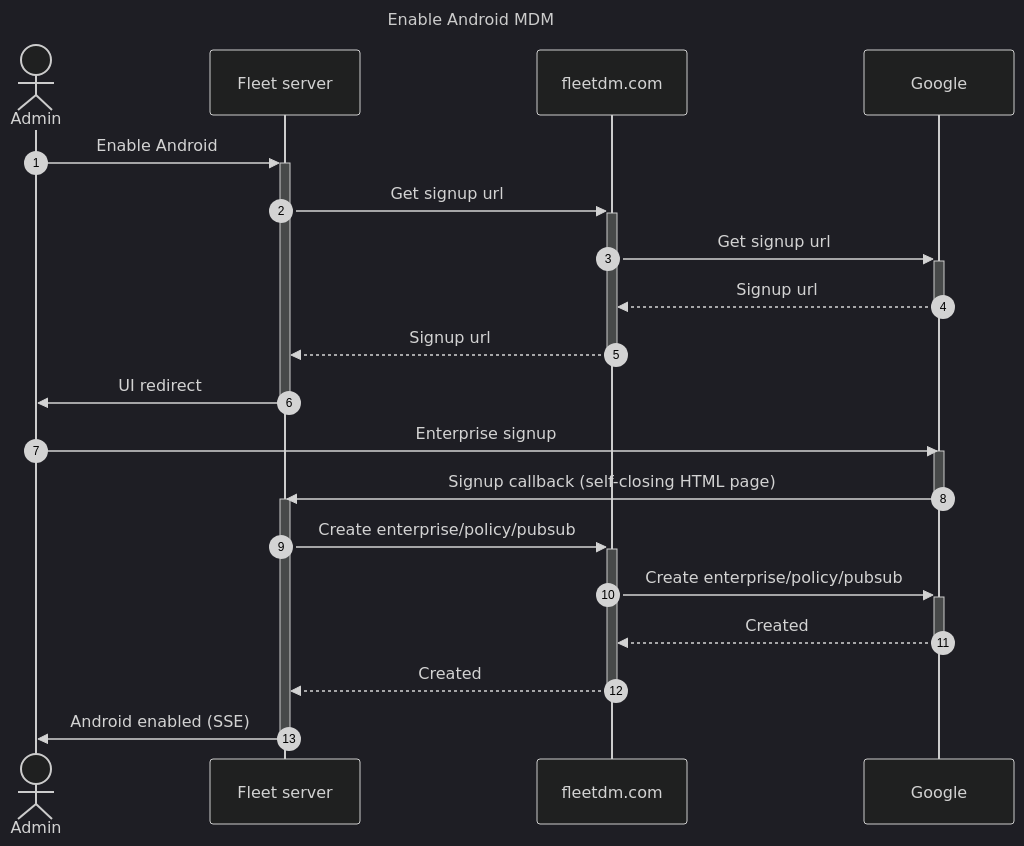
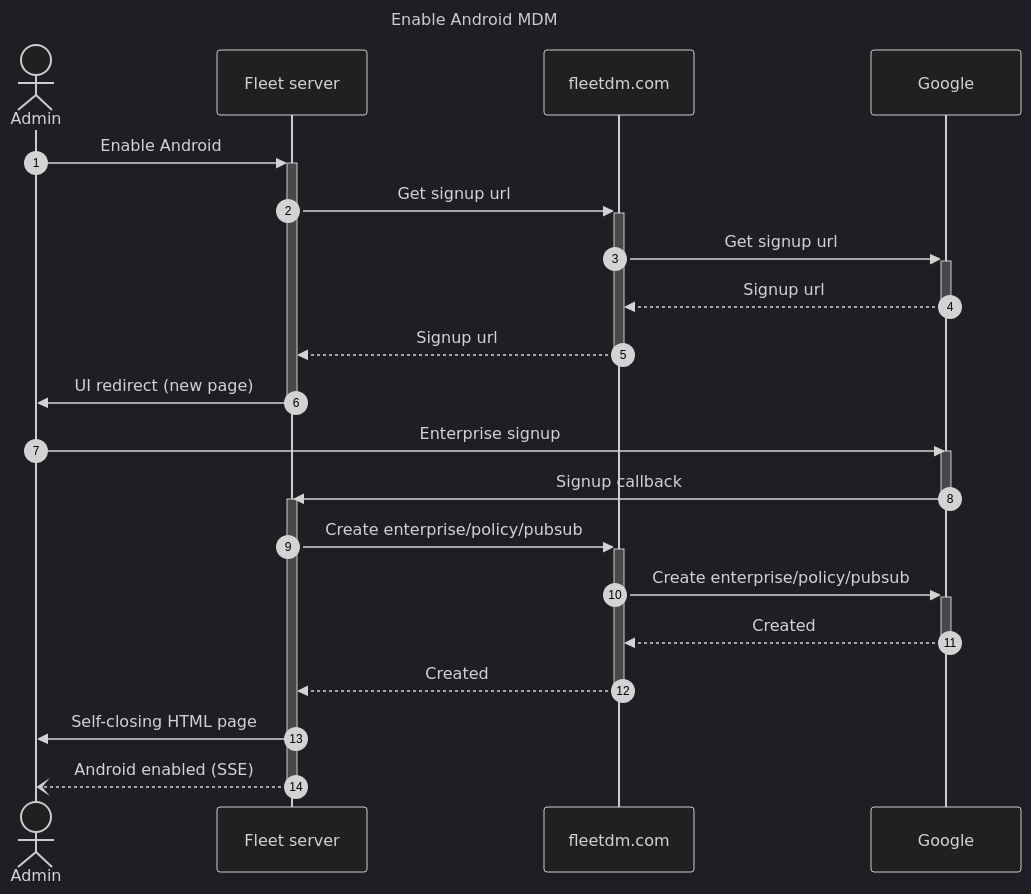
The first of 2 diagrams in docs/Contributing/MDM-Android.md (fleetdm/fleet), drawn with Mermaid (dark theme) before and after one commit.

Commit message:
More clarification

````diff
--- a/docs/Contributing/MDM-Android.md
+++ b/docs/Contributing/MDM-Android.md
@@ -28,30 +28,31 @@
 ```mermaid
 ---
 title: Enable Android MDM
 ---
 sequenceDiagram
     autonumber
     actor Admin
     participant Fleet server
     participant fleetdm.com
     participant Google
 
     Admin->>+Fleet server: Enable Android
     Fleet server->>+fleetdm.com: Get signup url
     fleetdm.com->>+Google: Get signup url
     Google-->>-fleetdm.com: Signup url
     fleetdm.com-->>-Fleet server: Signup url
-    Fleet server->>-Admin: UI redirect
+    Fleet server->>-Admin: UI redirect (new page)
 
     Admin->>Google: Enterprise signup
     activate Google
-    Google->>Fleet server: Signup callback (self-closing HTML page)
+    Google->>Fleet server: Signup callback
     deactivate Google
     activate Fleet server
     Fleet server->>+fleetdm.com: Create enterprise/policy/pubsub
     fleetdm.com->>+Google: Create enterprise/policy/pubsub
     Google-->>-fleetdm.com: Created
     fleetdm.com-->>-Fleet server: Created
-    Fleet server->>Admin: Android enabled (SSE)
+    Fleet server->>Admin: Self-closing HTML page
+    Fleet server--)Admin: Android enabled (SSE)
     deactivate Fleet server
 ```
````
